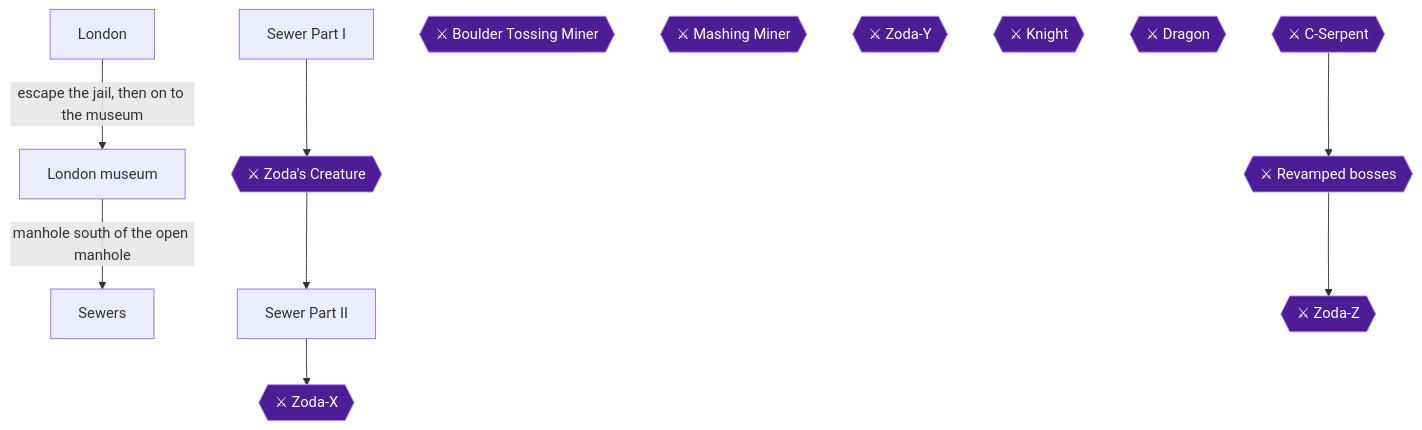
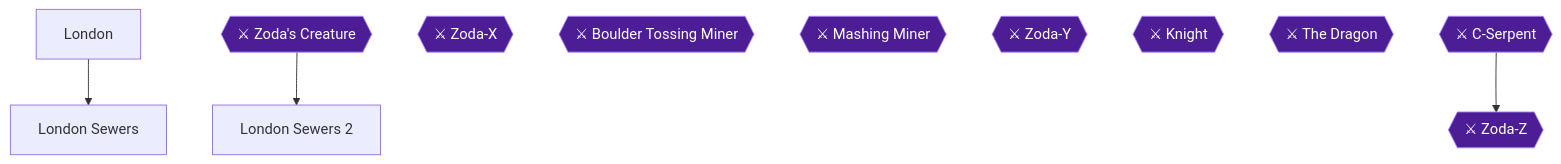
The sixth of 11 diagrams in content/research/1984/06_graph.md (MajinFro/retro-walkthroughs), drawn with Mermaid before and after one commit. The commit also changed other lines of this file and 100 other files, not shown here.

````diff
--- a/content/research/1984/06_graph.md
+++ b/content/research/1984/06_graph.md
@@ -284,28 +254,21 @@
 ```mermaid
 flowchart TD
   London["London"]
-  London_Museum["London museum"]
-  Sewers["Sewers"]
-  Sewer_Part_I["Sewer Part I"]
-  Zodas_Creature{{"⚔ Zoda's Creature"}}
-  Sewer_Part_II["Sewer Part II"]
-  Zoda_X{{"⚔ Zoda-X"}}
-  Boulder_Miner{{"⚔ Boulder Tossing Miner"}}
-  Mashing_Miner{{"⚔ Mashing Miner"}}
-  Zoda_Y{{"⚔ Zoda-Y"}}
+  LondonSewers["London Sewers"]
+  ZodasCreature{{"⚔ Zoda's Creature"}}
+  LondonSewers2["London Sewers 2"]
+  ZodaX{{"⚔ Zoda-X"}}
+  BoulderMiner{{"⚔ Boulder Tossing Miner"}}
+  MashingMiner{{"⚔ Mashing Miner"}}
+  ZodaY{{"⚔ Zoda-Y"}}
   Knight{{"⚔ Knight"}}
-  Dragon{{"⚔ Dragon"}}
-  C_Serpent{{"⚔ C-Serpent"}}
-  Boss_Rematches{{"⚔ Revamped bosses"}}
-  Zoda_Z{{"⚔ Zoda-Z"}}
-  London -->|escape the jail, then on to the museum| London_Museum
-  London_Museum -->|manhole south of the open manhole| Sewers
-  Sewer_Part_I --> Zodas_Creature
-  Zodas_Creature --> Sewer_Part_II
-  Sewer_Part_II --> Zoda_X
-  C_Serpent --> Boss_Rematches
-  Boss_Rematches --> Zoda_Z
+  Dragon{{"⚔ The Dragon"}}
+  CSerpent{{"⚔ C-Serpent"}}
+  ZodaZ{{"⚔ Zoda-Z"}}
+  London --> LondonSewers
+  ZodasCreature --> LondonSewers2
+  CSerpent --> ZodaZ
   classDef ponr fill:#7f1d1d,stroke:#f87171,color:#fff;
   classDef boss fill:#4c1d95,stroke:#a78bfa,color:#fff;
-  class Zodas_Creature,Zoda_X,Boulder_Miner,Mashing_Miner,Zoda_Y,Knight,Dragon,C_Serpent,Boss_Rematches,Zoda_Z boss;
+  class ZodasCreature,ZodaX,BoulderMiner,MashingMiner,ZodaY,Knight,Dragon,CSerpent,ZodaZ boss;
 ```
````
